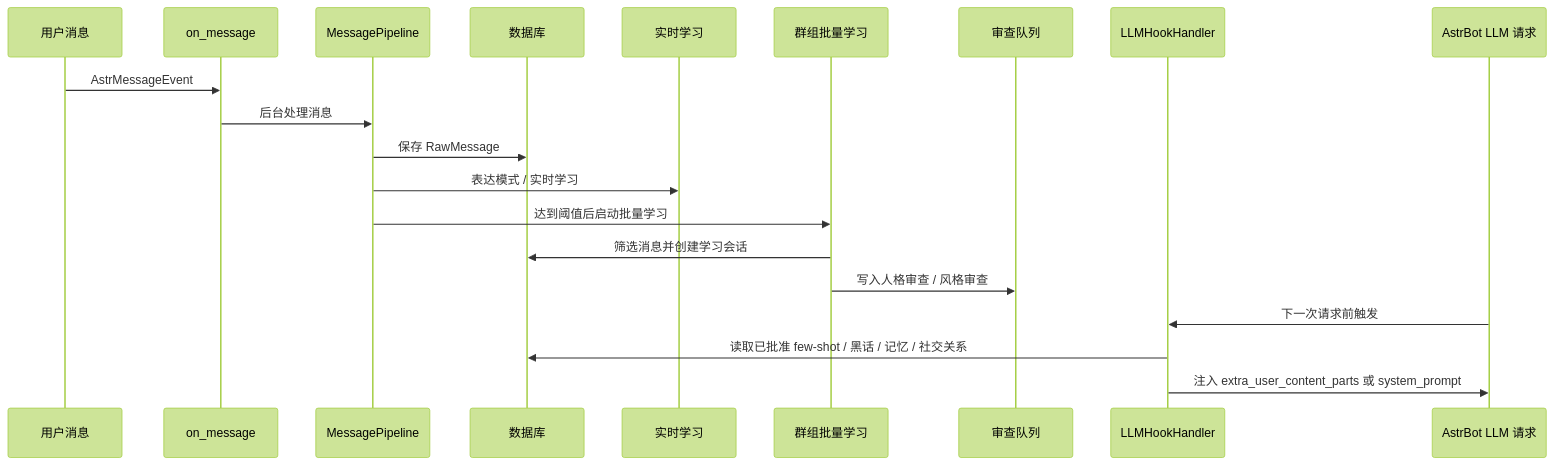
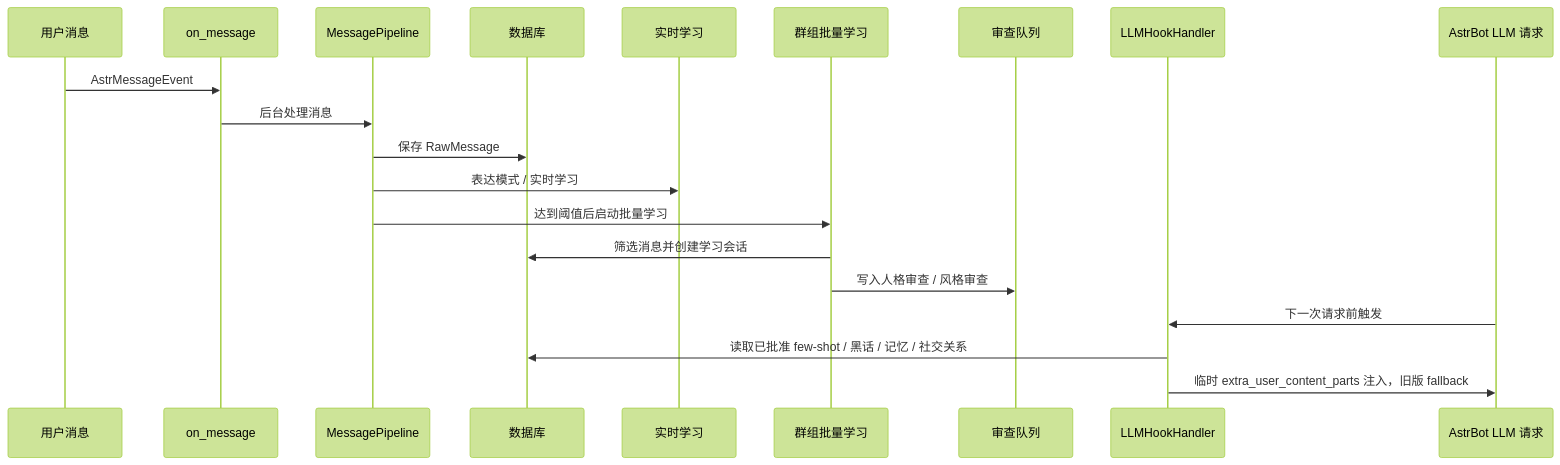
Before and after one commit to NickCharlie/astrbot_plugin_self_learning: the second of 3 diagrams in README.md, drawn with Mermaid (forest theme). The commit also changed 10 other files, not shown here.

````diff
--- a/README.md
+++ b/README.md
@@ -138,23 +138,23 @@
 ```mermaid
 sequenceDiagram
     participant U as 用户消息
     participant P as on_message
     participant M as MessagePipeline
     participant DB as 数据库
     participant R as 实时学习
     participant G as 群组批量学习
     participant Review as 审查队列
     participant H as LLMHookHandler
     participant LLM as AstrBot LLM 请求
 
     U->>P: AstrMessageEvent
     P->>M: 后台处理消息
     M->>DB: 保存 RawMessage
     M->>R: 表达模式 / 实时学习
     M->>G: 达到阈值后启动批量学习
     G->>DB: 筛选消息并创建学习会话
     G->>Review: 写入人格审查 / 风格审查
     LLM->>H: 下一次请求前触发
     H->>DB: 读取已批准 few-shot / 黑话 / 记忆 / 社交关系
-    H->>LLM: 注入 extra_user_content_parts 或 system_prompt
+    H->>LLM: 临时 extra_user_content_parts 注入，旧版 fallback
 ```
````
